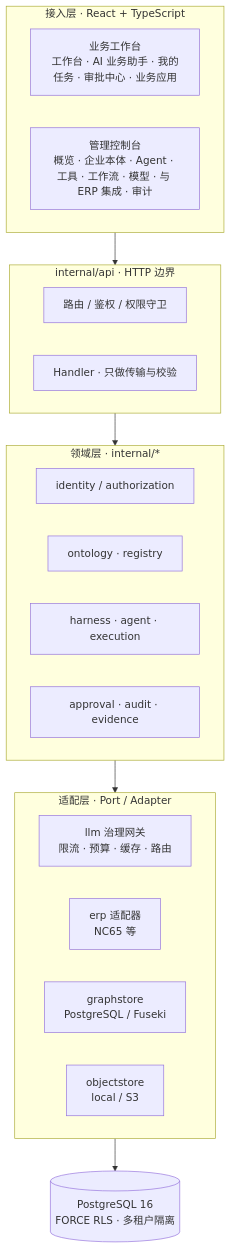
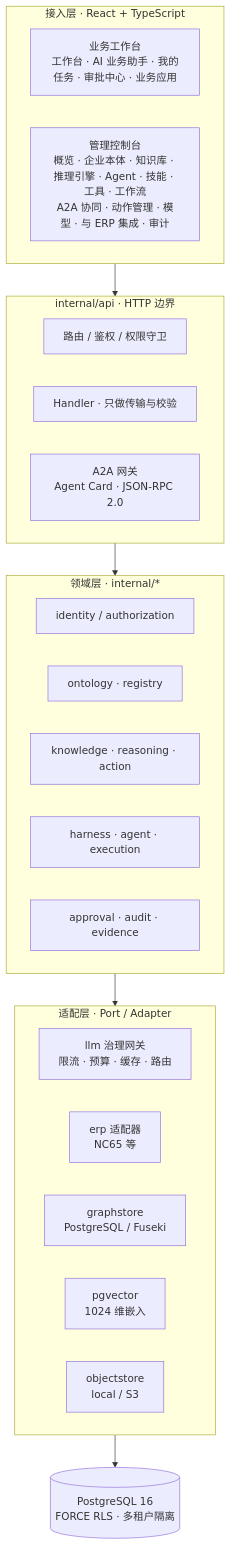
Before and after one commit to jeokeo011222/Ontology-Driven-Agent-Platform: the first of 2 diagrams in README.md, drawn with Mermaid. The commit also changed other lines of this file, not shown here.

Commit message:
docs(readme): 补充知识问答本体四模块能力（知识库/推理引擎/A2A/动作管理）

````diff
--- a/README.md
+++ b/README.md
@@ -103,34 +134,37 @@
 ```mermaid
 flowchart TB
     subgraph UI["接入层 · React + TypeScript"]
         direction LR
         W["业务工作台<br/>工作台 · AI 业务助手 · 我的任务 · 审批中心 · 业务应用"]
-        C["管理控制台<br/>概览 · 企业本体 · Agent · 工具 · 工作流 · 模型 · 与 ERP 集成 · 审计"]
+        C["管理控制台<br/>概览 · 企业本体 · 知识库 · 推理引擎 · Agent · 技能 · 工具 · 工作流<br/>A2A 协同 · 动作管理 · 模型 · 与 ERP 集成 · 审计"]
     end
 
     subgraph API["internal/api · HTTP 边界"]
         direction LR
         R["路由 / 鉴权 / 权限守卫"]
         H["Handler · 只做传输与校验"]
+        A2A["A2A 网关<br/>Agent Card · JSON-RPC 2.0"]
     end
 
     subgraph DOMAIN["领域层 · internal/*"]
         direction LR
         IAM["identity / authorization"]
         SEM["ontology · registry"]
+        KQ["knowledge · reasoning · action"]
         RUN["harness · agent · execution"]
         GOV["approval · audit · evidence"]
     end
 
     subgraph ADAPTER["适配层 · Port / Adapter"]
         direction LR
         LLM["llm 治理网关<br/>限流 · 预算 · 缓存 · 路由"]
         ERP["erp 适配器<br/>NC65 等"]
         GRS["graphstore<br/>PostgreSQL / Fuseki"]
+        VEC["pgvector<br/>1024 维嵌入"]
         STORE["objectstore<br/>local / S3"]
     end
 
     DB[("PostgreSQL 16<br/>FORCE RLS · 多租户隔离")]
 
     UI --> API --> DOMAIN --> ADAPTER --> DB
 ```
````
